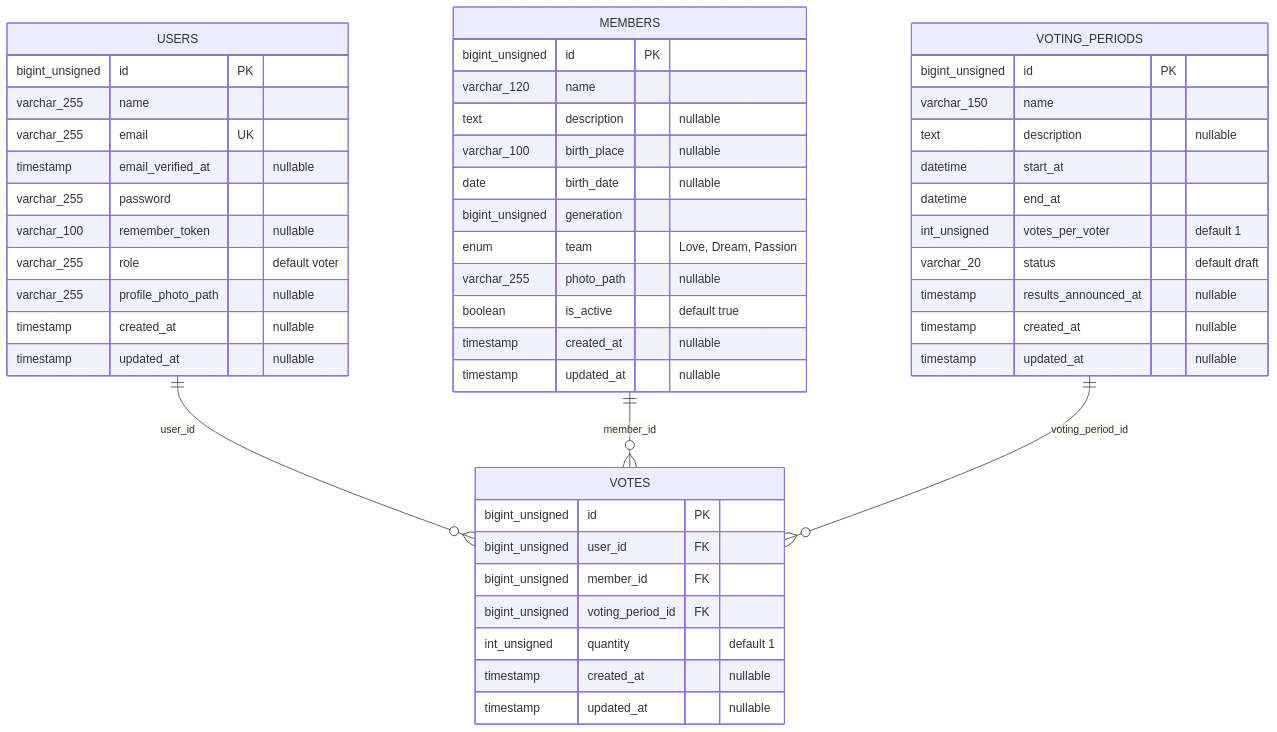
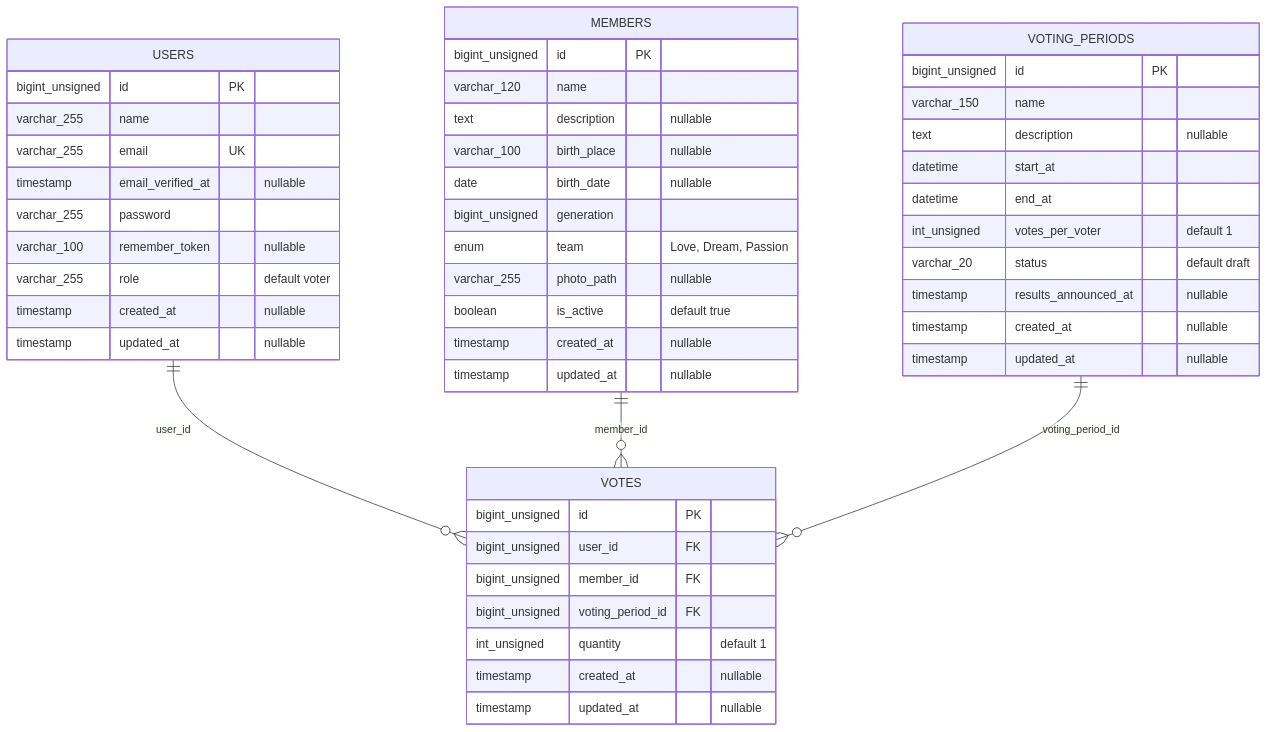
One commit to earthyyo/sistem-voting changed the second of 2 diagrams in docs/model-data.md. Above: the diagram before and after it, drawn with Mermaid. The commit also changed other lines of this file and 1 other file, not shown here.

````diff
--- a/docs/model-data.md
+++ b/docs/model-data.md
@@ -60,56 +68,55 @@
 ```mermaid
 erDiagram
     USERS ||--o{ VOTES : user_id
     MEMBERS ||--o{ VOTES : member_id
     VOTING_PERIODS ||--o{ VOTES : voting_period_id
 
     USERS {
         bigint_unsigned id PK
         varchar_255 name
         varchar_255 email UK
         timestamp email_verified_at "nullable"
         varchar_255 password
         varchar_100 remember_token "nullable"
         varchar_255 role "default voter"
-        varchar_255 profile_photo_path "nullable"
         timestamp created_at "nullable"
         timestamp updated_at "nullable"
     }
 
     MEMBERS {
         bigint_unsigned id PK
         varchar_120 name
         text description "nullable"
         varchar_100 birth_place "nullable"
         date birth_date "nullable"
         bigint_unsigned generation
         enum team "Love, Dream, Passion"
         varchar_255 photo_path "nullable"
         boolean is_active "default true"
         timestamp created_at "nullable"
         timestamp updated_at "nullable"
     }
 
     VOTING_PERIODS {
         bigint_unsigned id PK
         varchar_150 name
         text description "nullable"
         datetime start_at
         datetime end_at
         int_unsigned votes_per_voter "default 1"
         varchar_20 status "default draft"
         timestamp results_announced_at "nullable"
         timestamp created_at "nullable"
         timestamp updated_at "nullable"
     }
 
     VOTES {
         bigint_unsigned id PK
         bigint_unsigned user_id FK
         bigint_unsigned member_id FK
         bigint_unsigned voting_period_id FK
         int_unsigned quantity "default 1"
         timestamp created_at "nullable"
         timestamp updated_at "nullable"
     }
 ```
````
